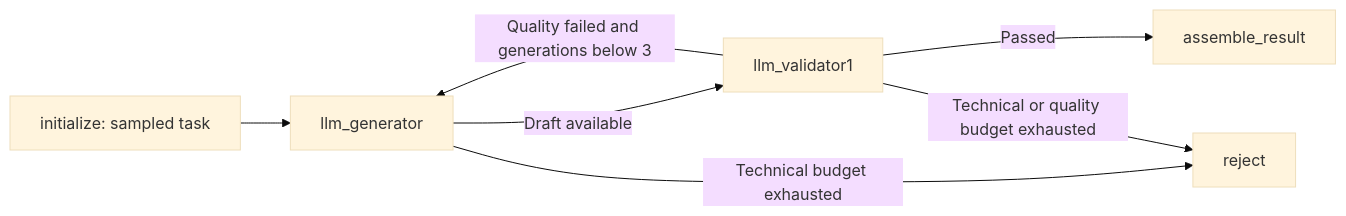
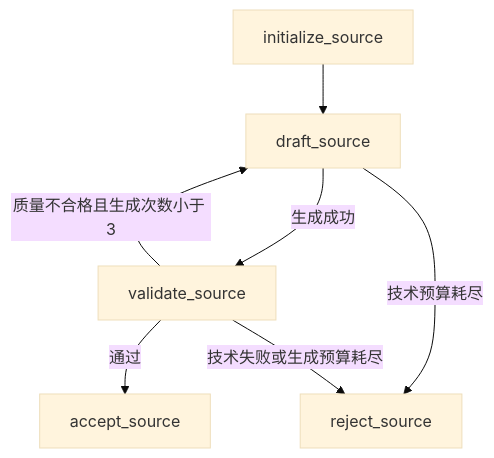
Before and after one commit to ChenYizhu97/PairData: the first of 4 diagrams in docs/workflows.md, drawn with Mermaid (base theme). The commit also changed other lines of this file and 47 other files, not shown here.

````diff
--- a/docs/workflows.md
+++ b/docs/workflows.md
@@ -7,9 +19,9 @@
 ```mermaid
-flowchart LR
-  A[initialize: sampled task] --> B[llm_generator]
-  B -->|Draft available| C[llm_validator1]
-  B -->|Technical budget exhausted| R[reject]
-  C -->|Passed| D[assemble_result]
-  C -->|Quality failed and generations below 3| B
-  C -->|Technical or quality budget exhausted| R
+flowchart TD
+    A[initialize_source] --> B[draft_source]
+    B -->|生成成功| C[validate_source]
+    B -->|技术预算耗尽| R[reject_source]
+    C -->|通过| P[accept_source]
+    C -->|质量不合格且生成次数小于 3| B
+    C -->|技术失败或生成预算耗尽| R
 ```
````
